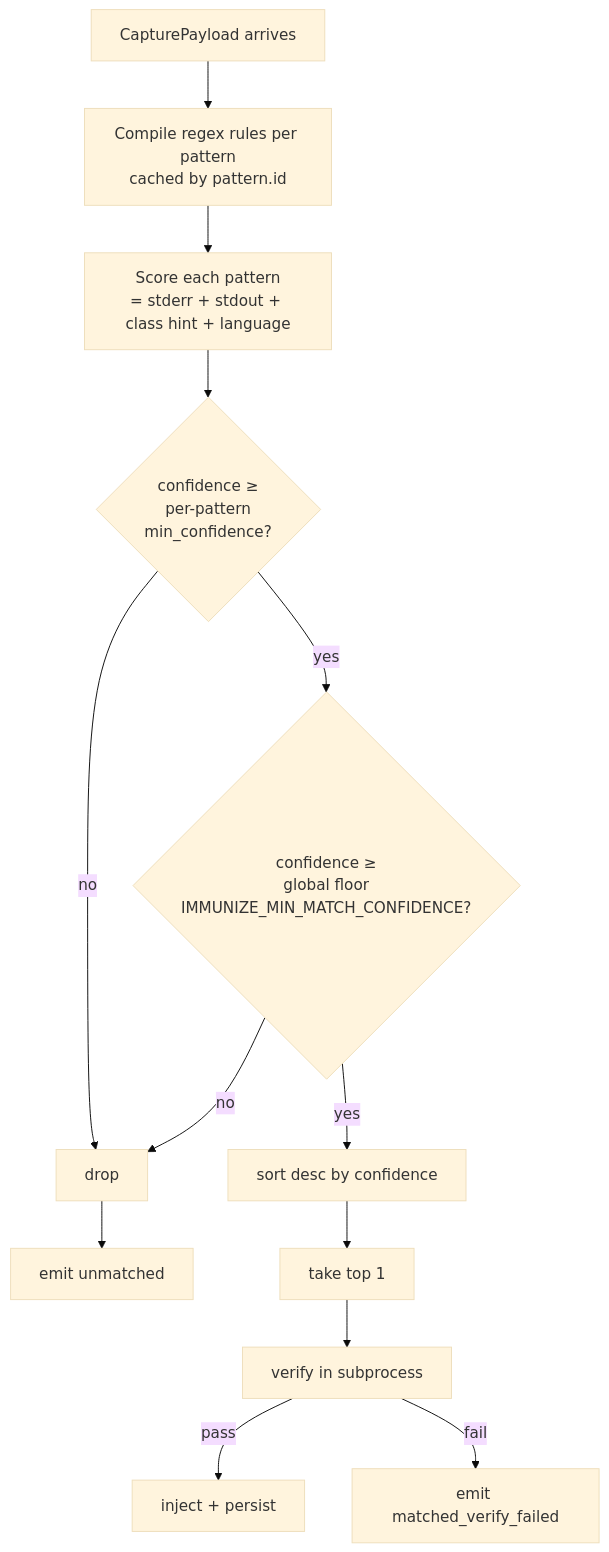
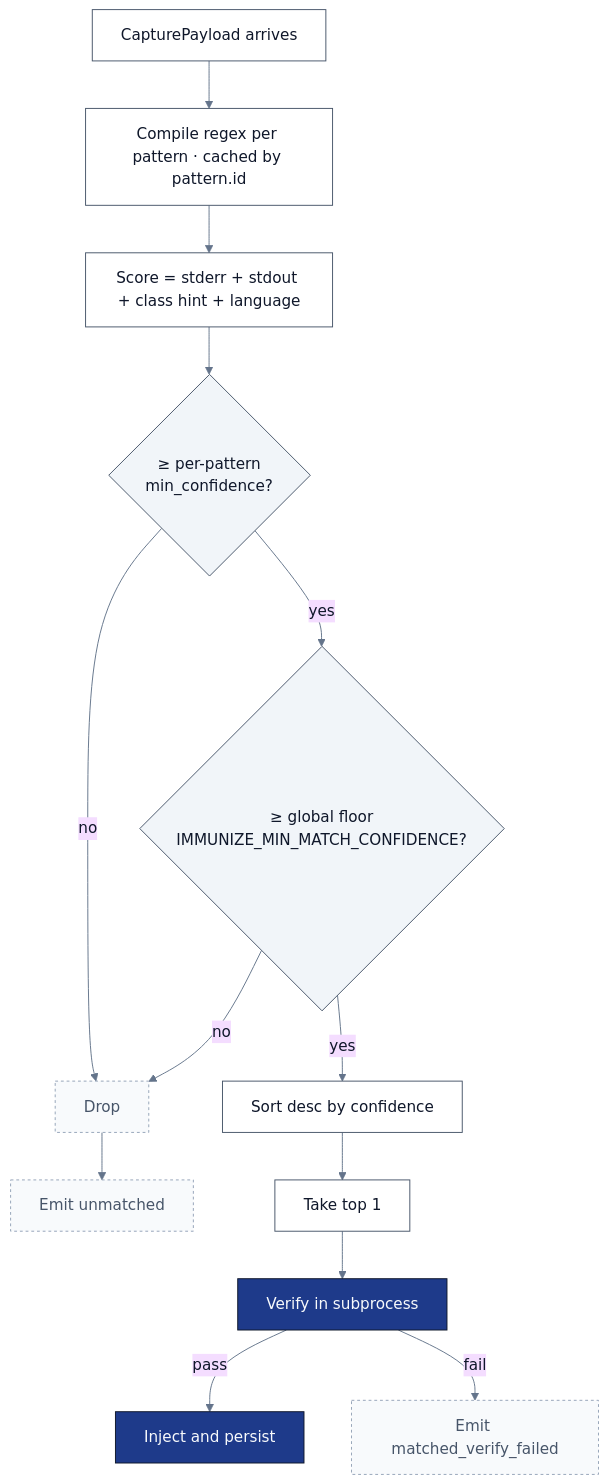
The fourth of 14 diagrams in README.md (viditkbhatnagar/immunize), drawn with Mermaid before and after one commit. The commit also changed other lines of this file, not shown here.

First line of the commit message:
Redesign README mermaid diagrams with corporate styling

````diff
--- a/README.md
+++ b/README.md
@@ -200,16 +217,21 @@
 ```mermaid
-%%{init: {'theme':'base'}}%%
+%%{init: {'theme':'base', 'themeVariables': {'fontFamily':'Inter, system-ui, -apple-system, sans-serif', 'primaryTextColor':'#0f172a', 'lineColor':'#64748b'}}}%%
 flowchart TD
-    A[CapturePayload arrives] --> B[Compile regex rules per pattern<br/>cached by pattern.id]
-    B --> C[Score each pattern<br/>= stderr + stdout + class hint + language]
-    C --> D{confidence ≥<br/>per-pattern<br/>min_confidence?}
-    D -->|no| E[drop]
-    D -->|yes| F{confidence ≥<br/>global floor<br/>IMMUNIZE_MIN_MATCH_CONFIDENCE?}
-    F -->|no| E
-    F -->|yes| G[sort desc by confidence]
-    G --> H[take top 1]
-    H --> I[verify in subprocess]
-    I -->|pass| J[inject + persist]
-    I -->|fail| K[emit matched_verify_failed]
-    E --> L[emit unmatched]
+    classDef step fill:#ffffff,stroke:#475569,stroke-width:1px,color:#0f172a
+    classDef gate fill:#f1f5f9,stroke:#475569,stroke-width:1px,color:#0f172a
+    classDef ok fill:#1e3a8a,stroke:#0f172a,stroke-width:1px,color:#f8fafc
+    classDef drop fill:#f8fafc,stroke:#94a3b8,stroke-width:1px,color:#475569,stroke-dasharray:3 3
+
+    A["CapturePayload arrives"]:::step --> B["Compile regex per pattern · cached by pattern.id"]:::step
+    B --> C["Score = stderr + stdout + class hint + language"]:::step
+    C --> D{"≥ per-pattern<br/>min_confidence?"}:::gate
+    D -- no --> E["Drop"]:::drop
+    D -- yes --> F{"≥ global floor<br/>IMMUNIZE_MIN_MATCH_CONFIDENCE?"}:::gate
+    F -- no --> E
+    F -- yes --> G["Sort desc by confidence"]:::step
+    G --> H["Take top 1"]:::step
+    H --> I["Verify in subprocess"]:::ok
+    I -- pass --> J["Inject and persist"]:::ok
+    I -- fail --> K["Emit matched_verify_failed"]:::drop
+    E --> L["Emit unmatched"]:::drop
 ```
````
